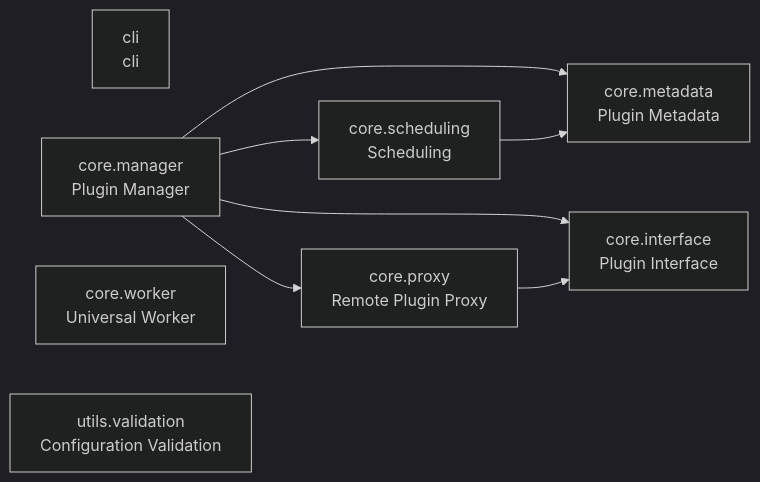
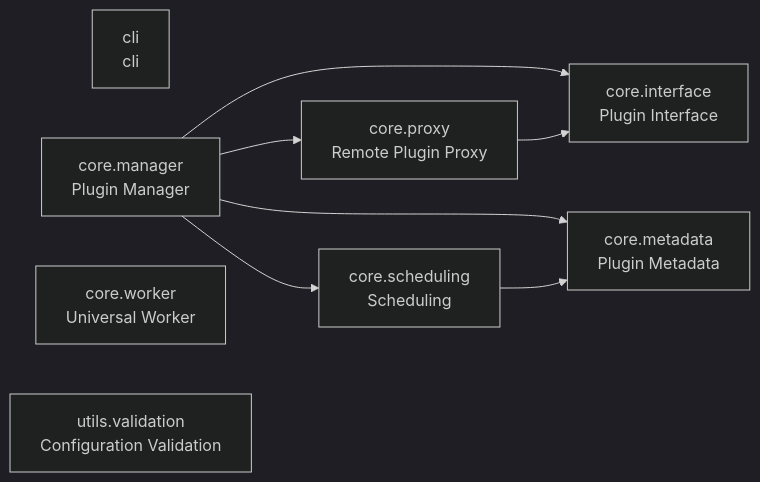
One commit to cj-mills/cjm-plugin-system changed the diagram in README.md. Above: the diagram before and after it, drawn with Mermaid (dark theme). The commit also changed other lines of this file and 8 other files, not shown here.

Commit message:
Include plugin config schemas in manifest files.

````diff
--- a/README.md
+++ b/README.md
@@ -30,18 +30,18 @@
 ``` mermaid
 graph LR
     cli[cli<br/>cli]
     core_interface[core.interface<br/>Plugin Interface]
     core_manager[core.manager<br/>Plugin Manager]
     core_metadata[core.metadata<br/>Plugin Metadata]
     core_proxy[core.proxy<br/>Remote Plugin Proxy]
     core_scheduling[core.scheduling<br/>Scheduling]
     core_worker[core.worker<br/>Universal Worker]
     utils_validation[utils.validation<br/>Configuration Validation]
 
+    core_manager --> core_interface
+    core_manager --> core_scheduling
+    core_manager --> core_proxy
     core_manager --> core_metadata
-    core_manager --> core_interface
-    core_manager --> core_proxy
-    core_manager --> core_scheduling
     core_proxy --> core_interface
     core_scheduling --> core_metadata
 ```
````
